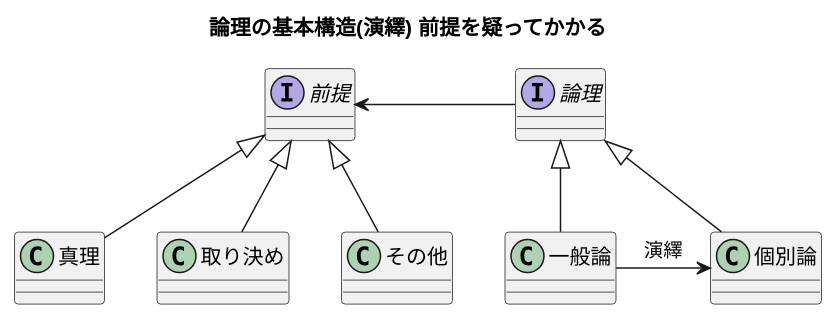
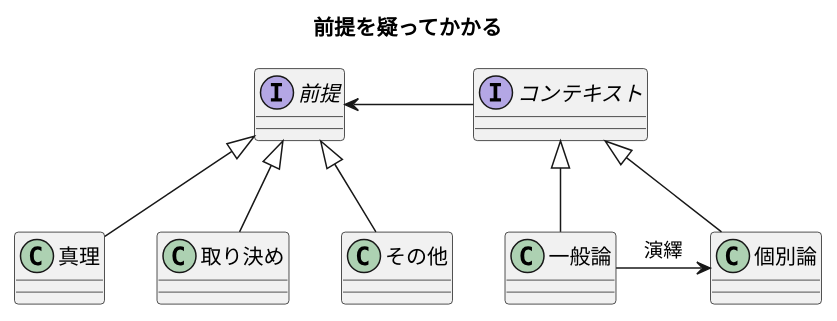
One commit to k2works/pragmatic-presentation-exercise-2024 changed the ninth of 19 diagrams in docs/slides/episode03.md. Above: the diagram before and after it, drawn with PlantUML. The commit also changed other lines of this file, not shown here.

````diff
--- a/docs/slides/episode03.md
+++ b/docs/slides/episode03.md
@@ -194,31 +312,31 @@
 ```plantuml
 @startuml
 
-title 論理の基本構造(演繹) 前提を疑ってかかる
+title 前提を疑ってかかる
 
-interface "論理" as A 
+interface "コンテキスト" as A
 
 class "一般論" as B
 
 class "個別論" as C
 
 interface "前提" as D {
 }
 
 class "真理" as E
 
 class "取り決め" as F
 
 class "その他" as G
 
 
 D <- A
 D <|-- E
 D <|-- F
 D <|-- G
 A <|-- B
 A <|-- C
 B -> C : 演繹
 
 @enduml
 ```
````
